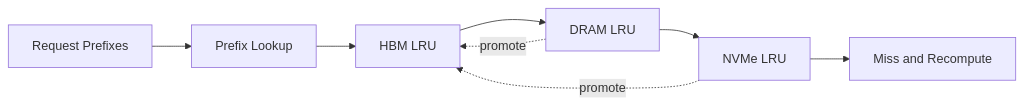
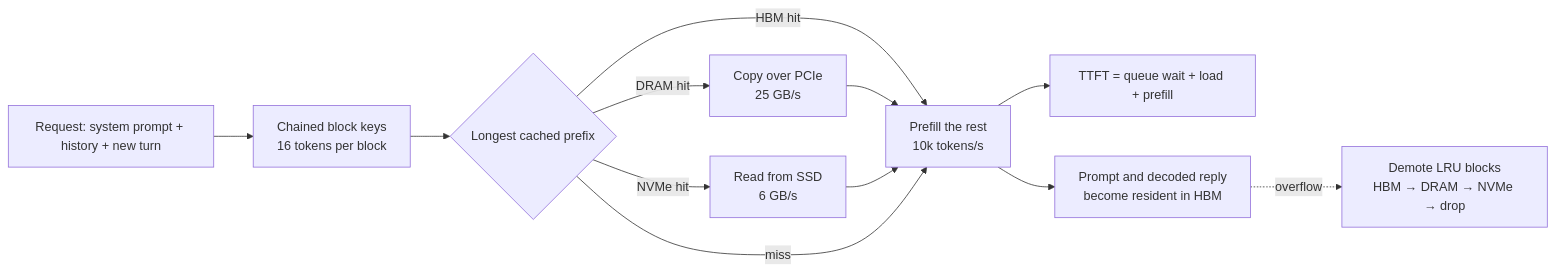
Before and after one commit to asher0913/tiered-kv-cache-lab: the diagram in README.md, drawn with Mermaid. The commit also changed other lines of this file and 27 other files, not shown here.

````diff
--- a/README.md
+++ b/README.md
@@ -20,10 +22,12 @@
 ```mermaid
 flowchart LR
-  R[Request Prefixes] --> L[Prefix Lookup]
-  L --> H[HBM LRU]
-  H --> D[DRAM LRU]
-  D --> S[NVMe LRU]
-  S --> M[Miss and Recompute]
-  D -. promote .-> H
-  S -. promote .-> H
+    R[Request: system prompt + history + new turn] --> K[Chained block keys<br/>16 tokens per block]
+    K --> M{Longest cached prefix}
+    M -->|HBM hit| P[Prefill the rest<br/>10k tokens/s]
+    M -->|DRAM hit| L1[Copy over PCIe<br/>25 GB/s] --> P
+    M -->|NVMe hit| L2[Read from SSD<br/>6 GB/s] --> P
+    M -->|miss| P
+    P --> T[TTFT = queue wait + load + prefill]
+    P --> A[Prompt and decoded reply<br/>become resident in HBM]
+    A -. overflow .-> D[Demote LRU blocks<br/>HBM → DRAM → NVMe → drop]
 ```
````
